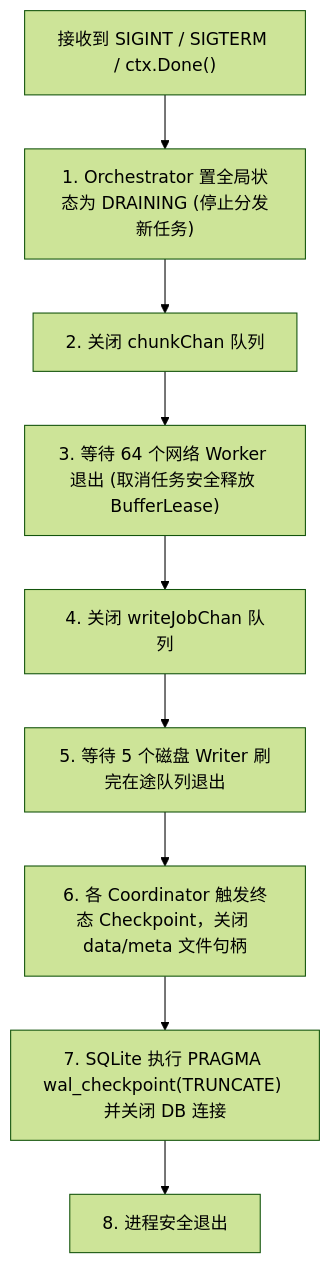
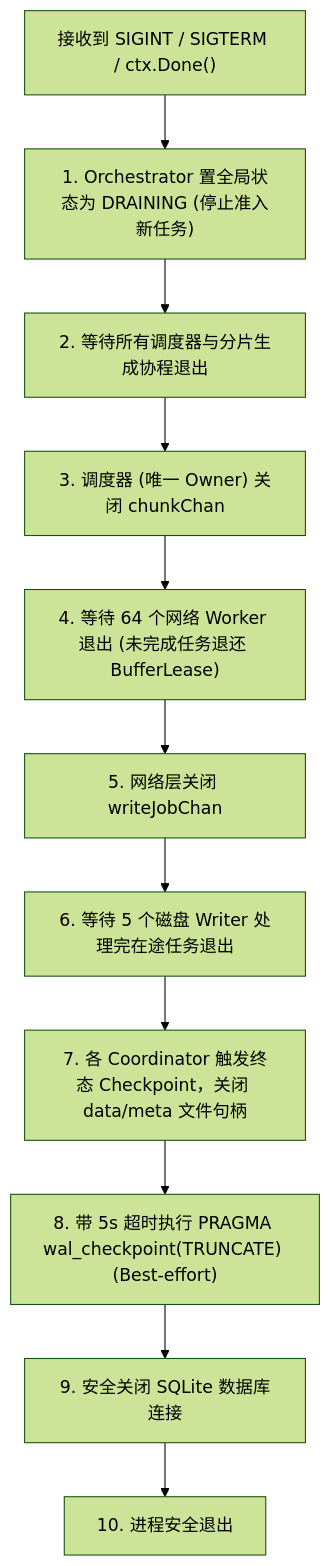
The fourth of 4 diagrams in docs/STREAMING_BLOCK_ENGINE_DESIGN.md (Hittlert/TGX), drawn with Mermaid (forest theme) before and after one commit. The commit also changed other lines of this file, not shown here.

Commit message:
docs: lock design baseline with DRR algorithm, SQLite FULL sync, shutdown race elimination, and complete recovery matrix

````diff
--- a/docs/STREAMING_BLOCK_ENGINE_DESIGN.md
+++ b/docs/STREAMING_BLOCK_ENGINE_DESIGN.md
@@ -298,11 +322,13 @@
 ```mermaid
 flowchart TD
-    Sig["接收到 SIGINT / SIGTERM / ctx.Done()"] --> Drain["1. Orchestrator 置全局状态为 DRAINING (停止分发新任务)"]
-    Drain --> CloseChunk["2. 关闭 chunkChan 队列"]
-    CloseChunk --> WaitNet["3. 等待 64 个网络 Worker 退出 (取消任务安全释放 BufferLease)"]
-    WaitNet --> CloseWrite["4. 关闭 writeJobChan 队列"]
-    CloseWrite --> WaitDisk["5. 等待 5 个磁盘 Writer 刷完在途队列退出"]
-    WaitDisk --> FlushMeta["6. 各 Coordinator 触发终态 Checkpoint，关闭 data/meta 文件句柄"]
-    FlushMeta --> CloseDB["7. SQLite 执行 PRAGMA wal_checkpoint(TRUNCATE) 并关闭 DB 连接"]
-    CloseDB --> Exit["8. 进程安全退出"]
+    Sig["接收到 SIGINT / SIGTERM / ctx.Done()"] --> Drain["1. Orchestrator 置全局状态为 DRAINING (停止准入新任务)"]
+    Drain --> WaitSched["2. 等待所有调度器与分片生成协程退出"]
+    WaitSched --> CloseChunk["3. 调度器 (唯一 Owner) 关闭 chunkChan"]
+    CloseChunk --> WaitNet["4. 等待 64 个网络 Worker 退出 (未完成任务退还 BufferLease)"]
+    WaitNet --> CloseWrite["5. 网络层关闭 writeJobChan"]
+    CloseWrite --> WaitDisk["6. 等待 5 个磁盘 Writer 处理完在途任务退出"]
+    WaitDisk --> FlushMeta["7. 各 Coordinator 触发终态 Checkpoint，关闭 data/meta 文件句柄"]
+    FlushMeta --> BestEffortWAL["8. 带 5s 超时执行 PRAGMA wal_checkpoint(TRUNCATE) (Best-effort)"]
+    BestEffortWAL --> CloseDB["9. 安全关闭 SQLite 数据库连接"]
+    CloseDB --> Exit["10. 进程安全退出"]
 ```
````
